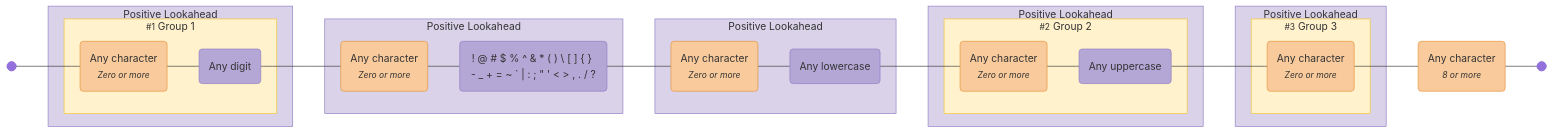
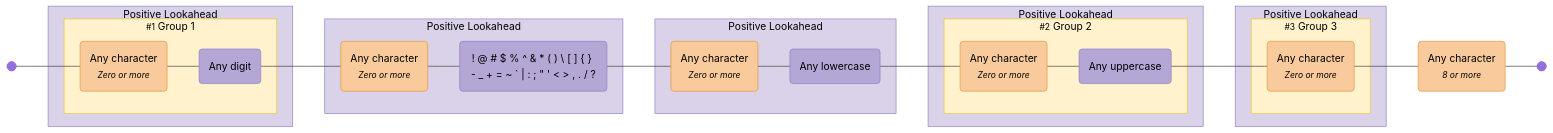
The eighth of 10 diagrams in EXAMPLES.md (tayles/regex-to-mermaid), drawn with Mermaid before and after one commit. The commit also changed other lines of this file and 11 other files, not shown here.

Commit message:
feat: Write example mermaid files

```diff
--- a/EXAMPLES.md
+++ b/EXAMPLES.md
@@ -672,12 +845,12 @@
 
   %% Styles
   %% Node Styling
-  classDef literal fill:#F9CB9C,stroke:#E69138;
-  classDef char-class fill:#B4A7D6,stroke:#8E7CC3;
+  classDef literal fill:#F9CB9C,stroke:#E69138,color:#000000;
+  classDef char-class fill:#B4A7D6,stroke:#8E7CC3,color:#000000;
 
   %% Group Styling
-  classDef standard fill:#FFF2CC,stroke:#F1C232;
-  classDef positive-lookahead fill:#D9D2E9,stroke:#8E7CC3;
+  classDef standard fill:#FFF2CC,stroke:#F1C232,color:#000000;
+  classDef positive-lookahead fill:#D9D2E9,stroke:#8E7CC3,color:#000000;
 
   %% Apply Group Classes
   class standard_1,standard_2,standard_3 standard;
```
